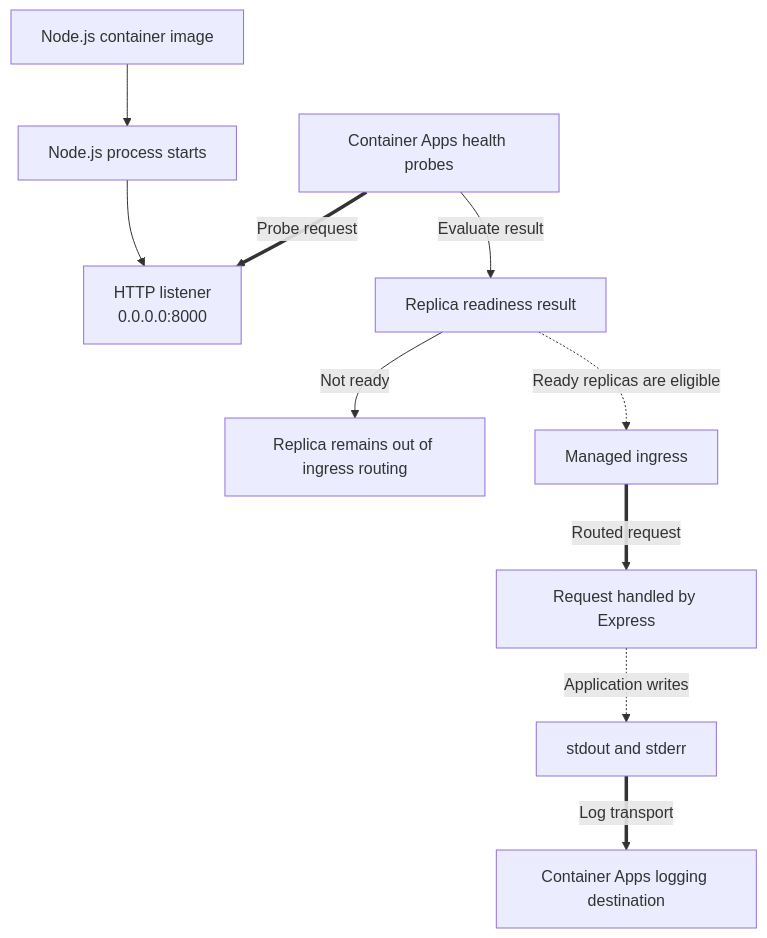
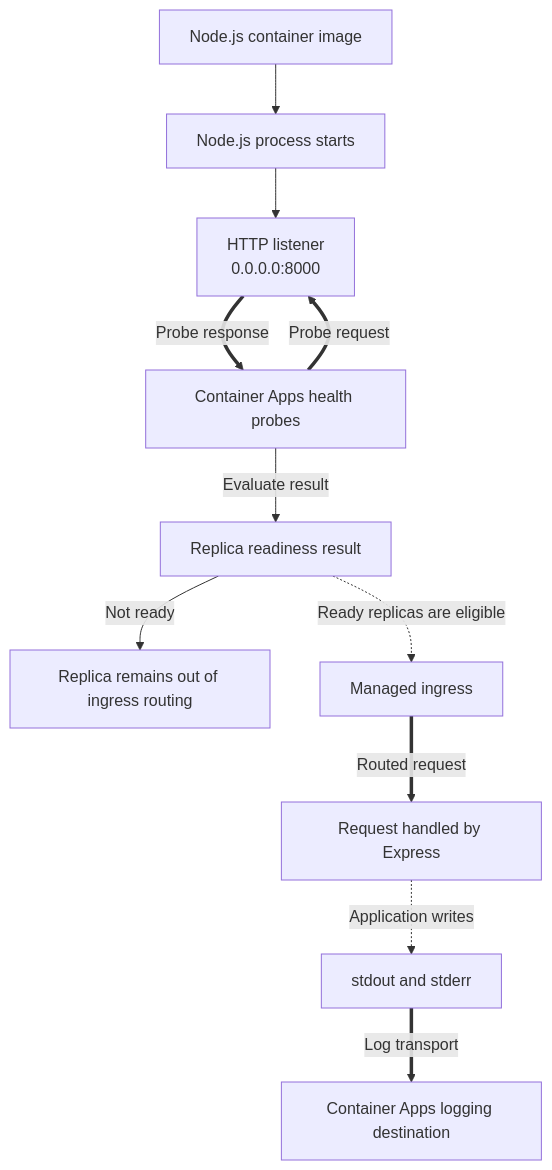
One commit to yeongseon/azure-container-apps-practical-guide changed the diagram in docs/language-guides/nodejs/nodejs-runtime.md. Above: the diagram before and after it, drawn with Mermaid. The commit also changed other lines of this file and 15 other files, not shown here.

First line of the commit message:
fix(diagrams): correct runtime, tutorial topology and CI/CD diagram paths and record review (#639)

````diff
--- a/docs/language-guides/nodejs/nodejs-runtime.md
+++ b/docs/language-guides/nodejs/nodejs-runtime.md
@@ -18,24 +18,25 @@
 ```mermaid
 flowchart TD
     accTitle: Node.js runtime execution model in Container Apps
-    accDescr: A revision starts the container image and Node.js listener. Platform health probes determine readiness, managed ingress routes requests to a ready replica, and console output is collected for logging.
+    accDescr: A revision starts the container image and Node.js listener. Platform probes send a request to the listener, the listener returns a probe response, and the platform evaluates readiness before managed ingress routes requests to ready replicas. Console output follows a separate logging path.
     IMAGE[Node.js container image]
     START[Node.js process starts]
     LISTEN[HTTP listener<br/>0.0.0.0:8000]
     PROBES[Container Apps health probes]
     READY[Replica readiness result]
     NOT_READY[Replica remains out of ingress routing]
     INGRESS[Managed ingress]
     REQUEST[Request handled by Express]
     CONSOLE[stdout and stderr]
     LOGS[Container Apps logging destination]
 
     IMAGE --> START --> LISTEN
     PROBES ==>|"Probe request"| LISTEN
+    LISTEN ==>|"Probe response"| PROBES
     PROBES -->|"Evaluate result"| READY
     READY -.->|"Ready replicas are eligible"| INGRESS
     READY -->|"Not ready"| NOT_READY
     INGRESS ==>|"Routed request"| REQUEST
     REQUEST -.->|"Application writes"| CONSOLE
     CONSOLE ==>|"Log transport"| LOGS
 ```
````
